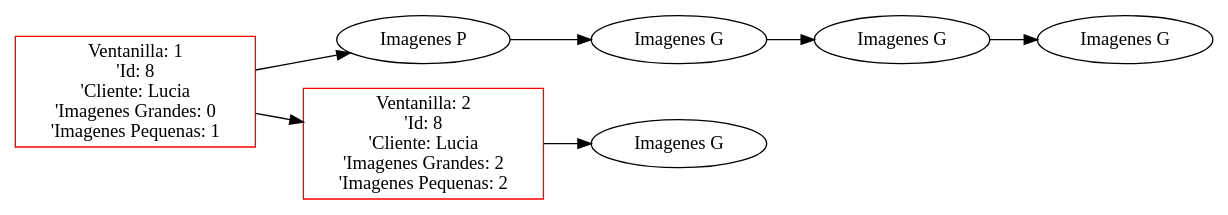
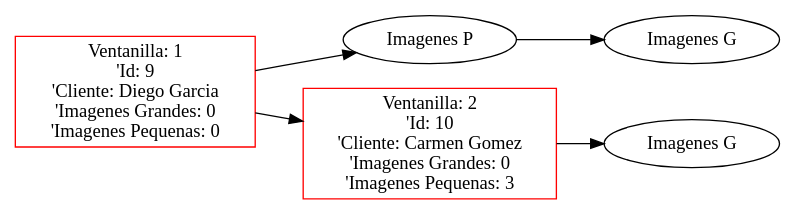
One commit to FranklinONP/EDD_PROYECTO_202200089 changed the diagram in Proyecto1/Proyecto1_202200089/Pruebas/PJ/Ventanilla.dot. Above: the diagram before and after it, drawn with Graphviz. The commit also changed 15 other files, not shown here.

```diff
--- a/Proyecto1/Proyecto1_202200089/Pruebas/PJ/Ventanilla.dot
+++ b/Proyecto1/Proyecto1_202200089/Pruebas/PJ/Ventanilla.dot
@@ -1,16 +1,12 @@
  digraph G {
  rankdir=LR;
- node0 [label="Ventanilla: 1\n'Id: 8\n'Cliente: Lucia\n'Imagenes Grandes: 0\n'Imagenes Pequenas: 1", color="red", shape="rectangle"];
+ node0 [label="Ventanilla: 1\n'Id: 9\n'Cliente: Diego Garcia\n'Imagenes Grandes: 0\n'Imagenes Pequenas: 0", color="red", shape="rectangle"];
  element00 [label="Imagenes P", shape="ellipse"];
  node0 -> element00 [dir="forward"];
  element00 -> element01 [dir="forward"];
  element01 [label="Imagenes G", shape="ellipse"];
- element01 -> element02 [dir="forward"];
- element02 [label="Imagenes G", shape="ellipse"];
- element02 -> element03 [dir="forward"];
- element03 [label="Imagenes G", shape="ellipse"];
- node1 [label="Ventanilla: 2\n'Id: 8\n'Cliente: Lucia\n'Imagenes Grandes: 2\n'Imagenes Pequenas: 2", color="red", shape="rectangle"];
+ node1 [label="Ventanilla: 2\n'Id: 10\n'Cliente: Carmen Gomez\n'Imagenes Grandes: 0\n'Imagenes Pequenas: 3", color="red", shape="rectangle"];
  element10 [label="Imagenes G", shape="ellipse"];
  node1 -> element10 [dir="forward"];
  node0 -> node1 [dir="forward"];
  }
```
